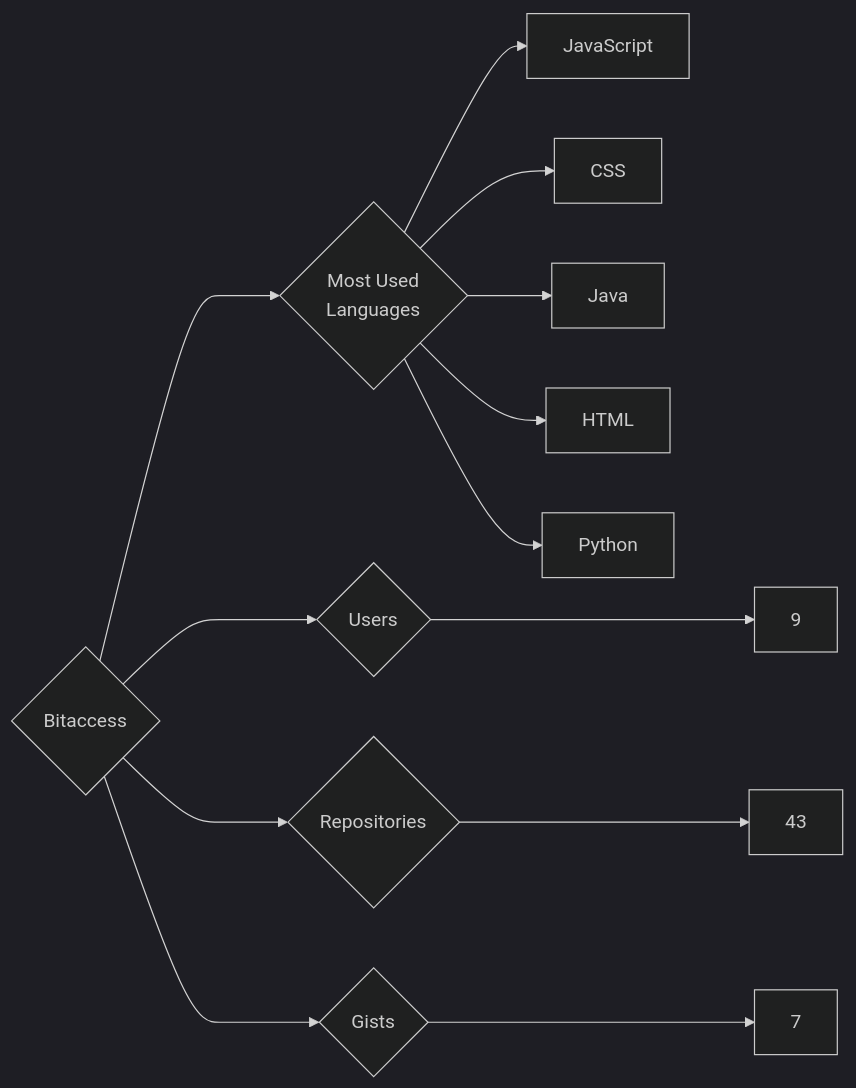
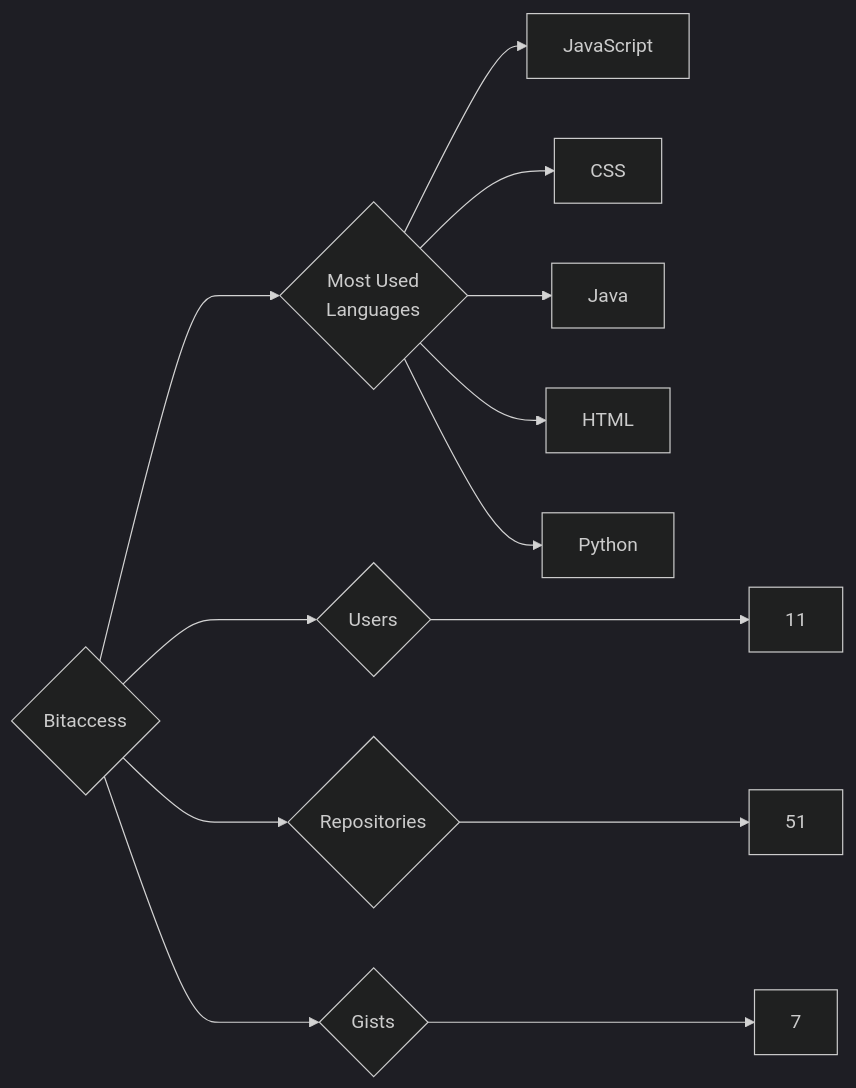
The diagram in targets/Bitaccess/README.md (trickest/insiders), drawn with Mermaid (dark theme) before and after one commit. The commit also changed 860 other files, not shown here.

````diff
--- a/targets/Bitaccess/README.md
+++ b/targets/Bitaccess/README.md
@@ -3,13 +3,13 @@
 ```mermaid
 graph LR
 COMPANY_NAME{Bitaccess}
-COMPANY_NAME ---> U{Users} ---> UN[9]
-COMPANY_NAME ---> R{Repositories} ---> RN[43]
+COMPANY_NAME ---> U{Users} ---> UN[11]
+COMPANY_NAME ---> R{Repositories} ---> RN[51]
 COMPANY_NAME ---> G{Gists} ---> GN[7]
 COMPANY_NAME ---> ML{Most Used<br>Languages}
 ML --> JavaScript[JavaScript]
 ML --> CSS[CSS]
 ML --> Java[Java]
 ML --> HTML[HTML]
 ML --> Python[Python]
 ```
````
